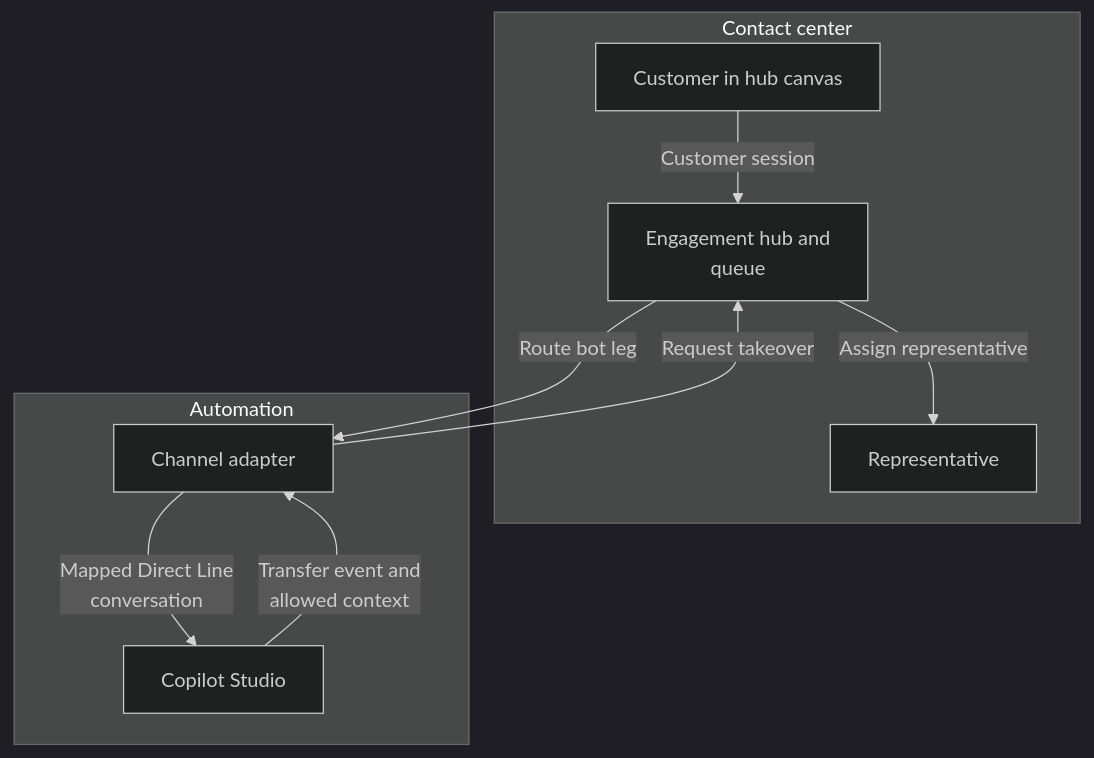
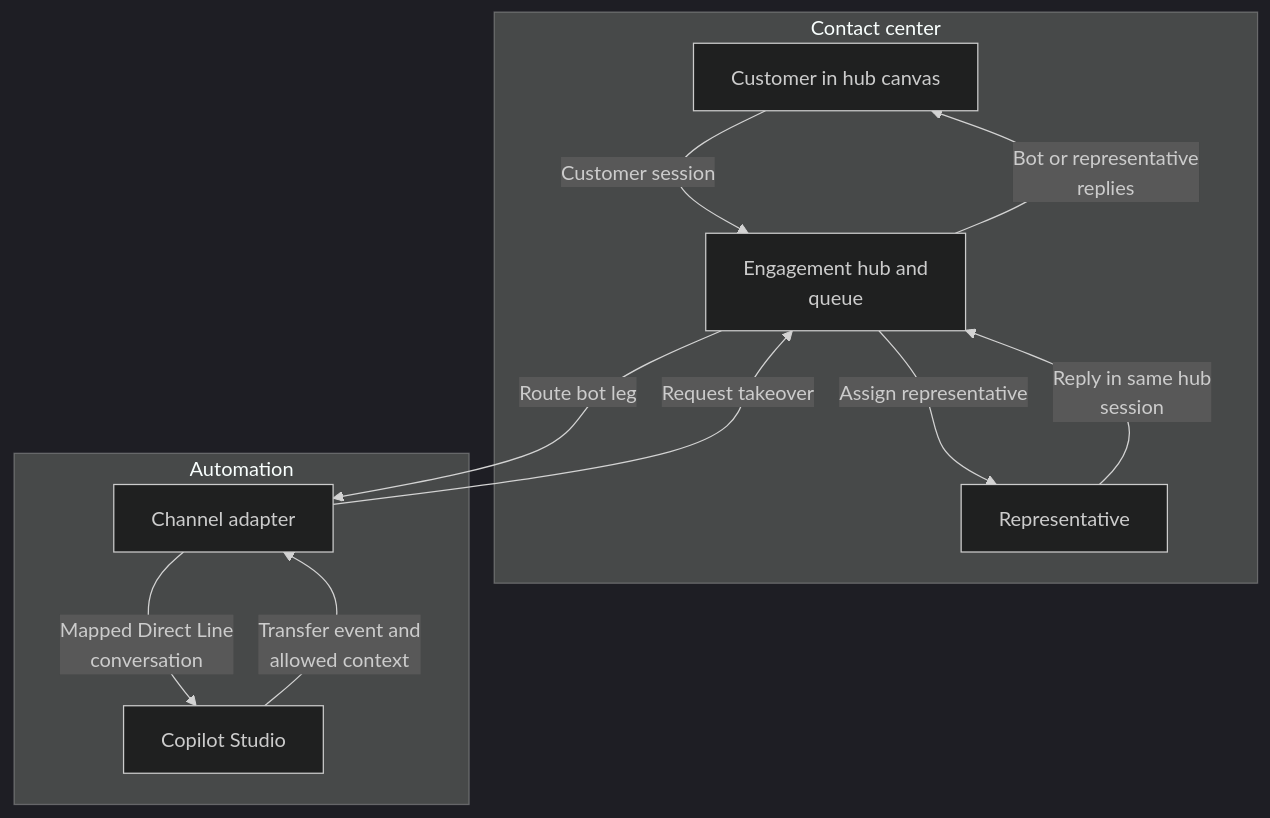
Before and after one commit to abhishek-ai-enabler/copilotstudio-architecture-patterns: the first of 2 diagrams in decision-patterns/hub-front-handoff.md, drawn with Mermaid (dark theme). The commit also changed 41 other files, not shown here.

First line of the commit message:
Review diagrams: add return paths and fix flow accuracy

````diff
--- a/decision-patterns/hub-front-handoff.md
+++ b/decision-patterns/hub-front-handoff.md
@@ -7,20 +7,22 @@
 ```mermaid
 flowchart TB
     accTitle: Handoff 1: Engagement hub in front (Bot-as-an-Agent) - architecture
     accDescr: The hub, not the bot, owns the customer session. Verify that takeover ends bot replies and that a queue failure cannot look like successful human acceptance.
     subgraph group0["Contact center"]
         U["Customer in hub canvas"]
         Q["Engagement hub and<br/>queue"]
         H["Representative"]
     end
     subgraph group3["Automation"]
         B["Channel adapter"]
         A["Copilot Studio"]
     end
     U -->|"Customer session"| Q
     Q -->|"Route bot leg"| B
     B -->|"Mapped Direct Line<br/>conversation"| A
     A -->|"Transfer event and<br/>allowed context"| B
     B -->|"Request takeover"| Q
     Q -->|"Assign representative"| H
+    H -->|"Reply in same hub<br/>session"| Q
+    Q -->|"Bot or representative<br/>replies"| U
 ```
````
